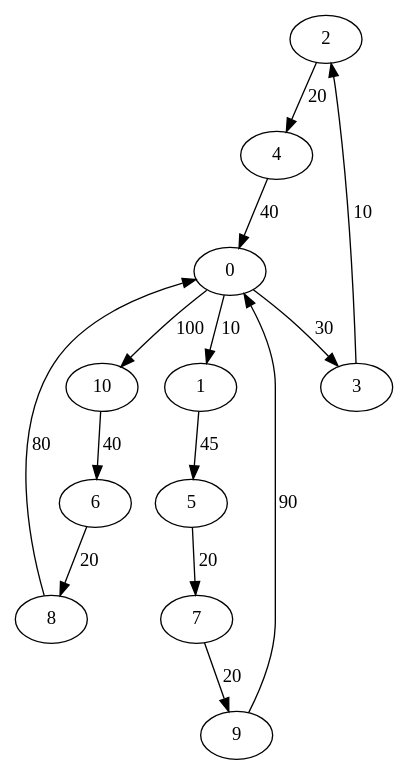
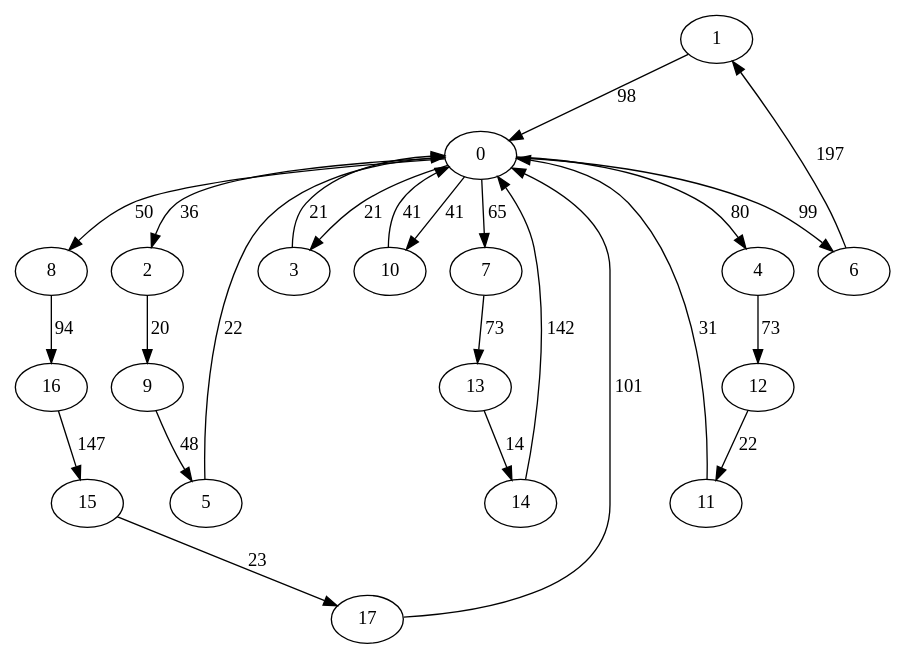
The diagram in grafos/iteration2.dot (akosej/vehicle_routing), drawn with Graphviz before and after one commit. The commit also changed 15 other files, not shown here.

```diff
--- a/grafos/iteration2.dot
+++ b/grafos/iteration2.dot
@@ -1,27 +1,45 @@
 digraph G {
-	2->4[ label=20 ];
-	9->0[ label=90 ];
-	0->10[ label=100 ];
-	0->3[ label=30 ];
-	0->1[ label=10 ];
-	10->6[ label=40 ];
-	6->8[ label=20 ];
-	3->2[ label=10 ];
-	7->9[ label=20 ];
-	8->0[ label=80 ];
-	4->0[ label=40 ];
-	1->5[ label=45 ];
-	5->7[ label=20 ];
+	1->0[ label=98 ];
+	12->11[ label=22 ];
+	17->0[ label=101 ];
+	13->14[ label=14 ];
+	14->0[ label=142 ];
+	0->4[ label=80 ];
+	0->8[ label=50 ];
+	0->2[ label=36 ];
+	0->7[ label=65 ];
+	0->3[ label=21 ];
+	0->10[ label=41 ];
+	0->6[ label=99 ];
+	4->12[ label=73 ];
+	8->16[ label=94 ];
+	16->15[ label=147 ];
+	15->17[ label=23 ];
+	7->13[ label=73 ];
+	10->0[ label=41 ];
+	3->0[ label=21 ];
+	6->1[ label=197 ];
+	11->0[ label=31 ];
+	2->9[ label=20 ];
+	9->5[ label=48 ];
+	5->0[ label=22 ];
 	0 [ label=0 ];
 	1 [ label=1 ];
 	10 [ label=10 ];
+	11 [ label=11 ];
+	12 [ label=12 ];
+	13 [ label=13 ];
+	14 [ label=14 ];
+	15 [ label=15 ];
+	16 [ label=16 ];
+	17 [ label=17 ];
 	2 [ label=2 ];
 	3 [ label=3 ];
 	4 [ label=4 ];
 	5 [ label=5 ];
 	6 [ label=6 ];
 	7 [ label=7 ];
 	8 [ label=8 ];
 	9 [ label=9 ];
 
 }
```
